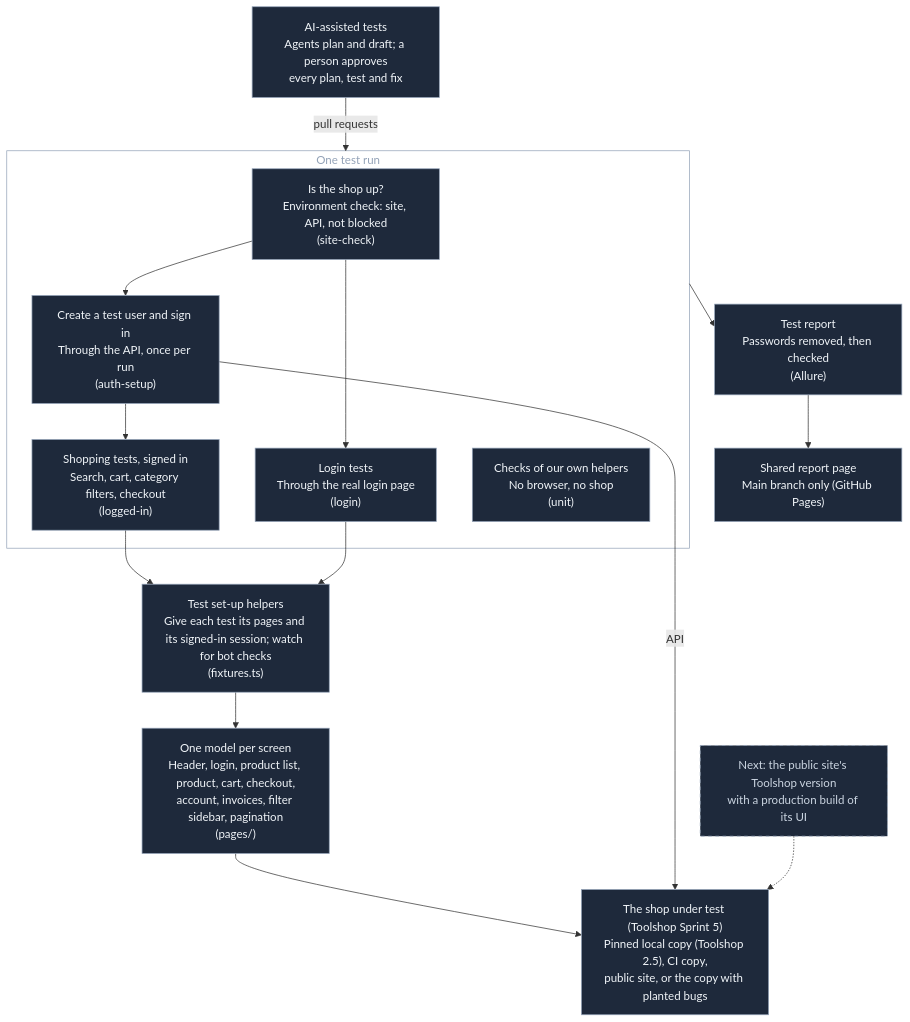
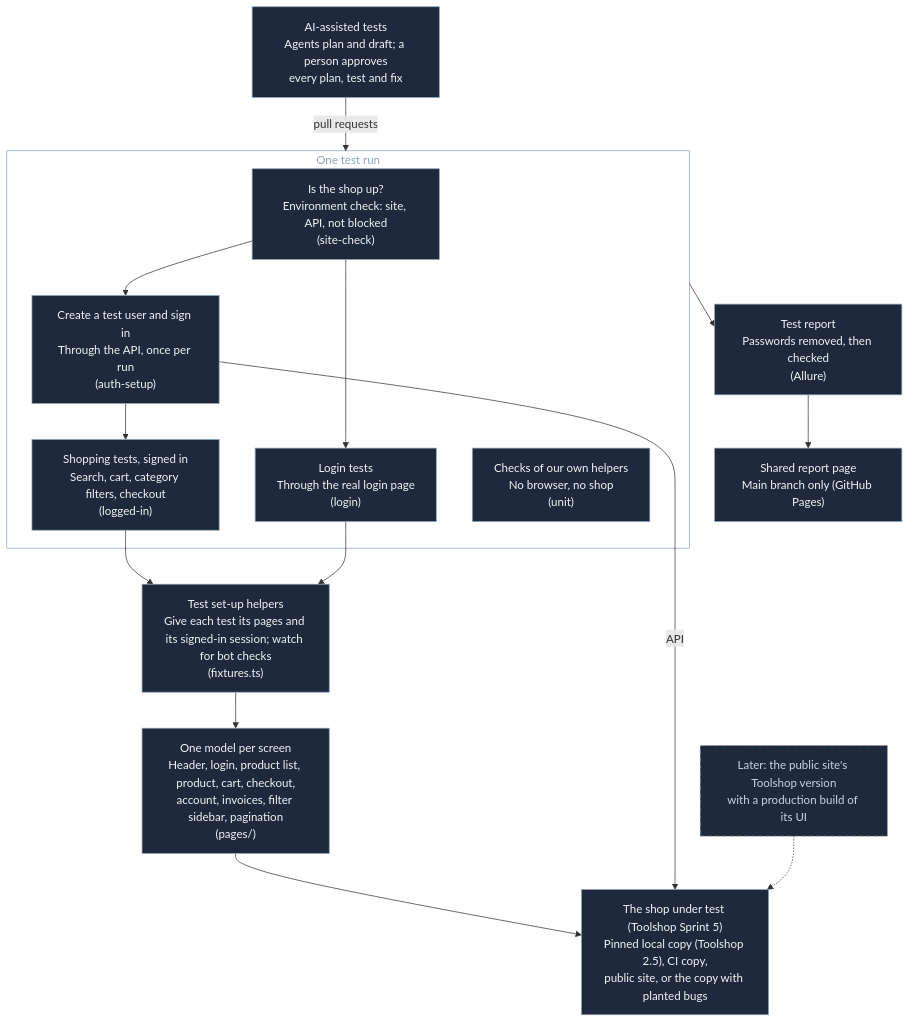
The first of 3 diagrams in docs/architecture.md (rahulsharma-qe/playwright-qa-agent), drawn with Mermaid before and after one commit. The commit also changed other lines of this file and 2 other files, not shown here.

First line of the commit message:
Guide: what a run with the copy stopped shows, and the version field; Next and Later as agreed

````diff
--- a/docs/architecture.md
+++ b/docs/architecture.md
@@ -15,31 +15,31 @@
 ```mermaid
 flowchart TB
   subgraph RUN["One test run"]
     ENV["Is the shop up?<br/>Environment check: site, API, not blocked<br/>(site-check)"]
     USER["Create a test user and sign in<br/>Through the API, once per run<br/>(auth-setup)"]
     SHOP["Shopping tests, signed in<br/>Search, cart, category filters, checkout<br/>(logged-in)"]
     LOGIN["Login tests<br/>Through the real login page<br/>(login)"]
     UNIT["Checks of our own helpers<br/>No browser, no shop<br/>(unit)"]
   end
   HELP["Test set-up helpers<br/>Give each test its pages and its signed-in session; watch for bot checks<br/>(fixtures.ts)"]
   SCREENS["One model per screen<br/>Header, login, product list, product, cart, checkout,<br/>account, invoices, filter sidebar, pagination<br/>(pages/)"]
   APP["The shop under test (Toolshop Sprint 5)<br/>Pinned local copy (Toolshop 2.5), CI copy,<br/>public site, or the copy with planted bugs"]
   REP["Test report<br/>Passwords removed, then checked<br/>(Allure)"]
   PUB["Shared report page<br/>Main branch only (GitHub Pages)"]
   AI["AI-assisted tests<br/>Agents plan and draft; a person approves<br/>every plan, test and fix"]
-  NEXT["Next: the public site's Toolshop version<br/>with a production build of its UI"]
+  NEXT["Later: the public site's Toolshop version<br/>with a production build of its UI"]
   ENV --> USER --> SHOP
   ENV --> LOGIN
   SHOP --> HELP
   LOGIN --> HELP
   HELP --> SCREENS --> APP
   USER -->|API| APP
   RUN --> REP --> PUB
   AI -->|pull requests| RUN
   NEXT -.-> APP
   classDef box fill:#1e293b,stroke:#94a3b8,color:#f1f5f9
   classDef later fill:#1e293b,stroke:#94a3b8,color:#cbd5e1,stroke-dasharray: 5 5
   class ENV,USER,SHOP,LOGIN,UNIT,HELP,SCREENS,APP,REP,PUB,AI box
   class NEXT later
   style RUN fill:transparent,stroke:#94a3b8,color:#94a3b8
 ```
````
